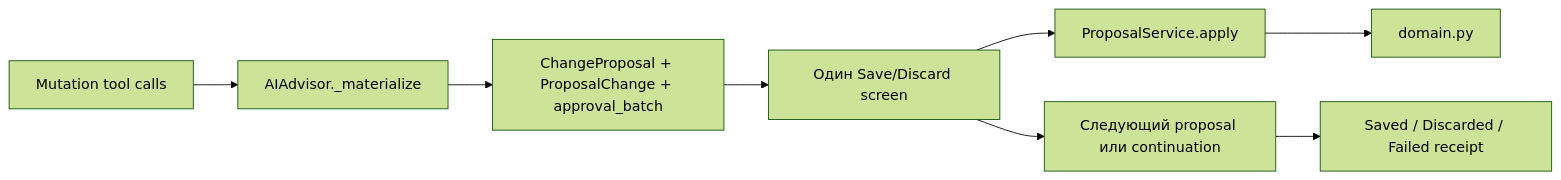
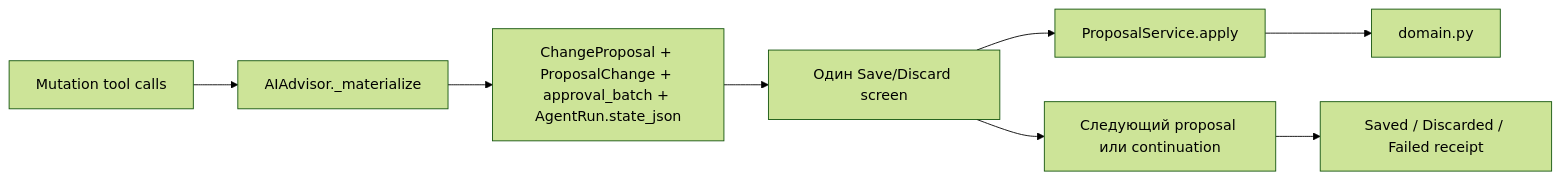
Before and after one commit to myvaheed/tg-ai-safwa: the tenth of 13 diagrams in docs/STRUCTURE_GRAPH.md, drawn with Mermaid (forest theme). The commit also changed other lines of this file and 32 other files, not shown here.

````diff
--- a/docs/STRUCTURE_GRAPH.md
+++ b/docs/STRUCTURE_GRAPH.md
@@ -297,10 +300,10 @@
 ```mermaid
 flowchart LR
     CALLS["Mutation tool calls"] --> MATERIALIZE["AIAdvisor._materialize"]
-    MATERIALIZE --> ROWS["ChangeProposal + ProposalChange + approval_batch"]
+    MATERIALIZE --> ROWS["ChangeProposal + ProposalChange + approval_batch + AgentRun.state_json"]
     ROWS --> UI["Один Save/Discard screen"]
     UI --> APPLY["ProposalService.apply"]
     APPLY --> DOMAIN["domain.py"]
     UI --> NEXT["Следующий proposal или continuation"]
     NEXT --> RECEIPT["Saved / Discarded / Failed receipt"]
 ```
````
